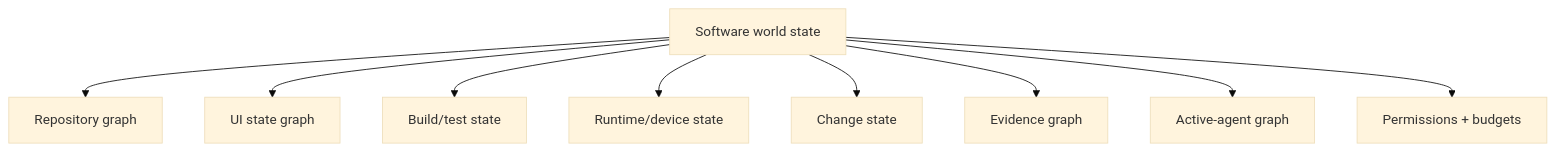
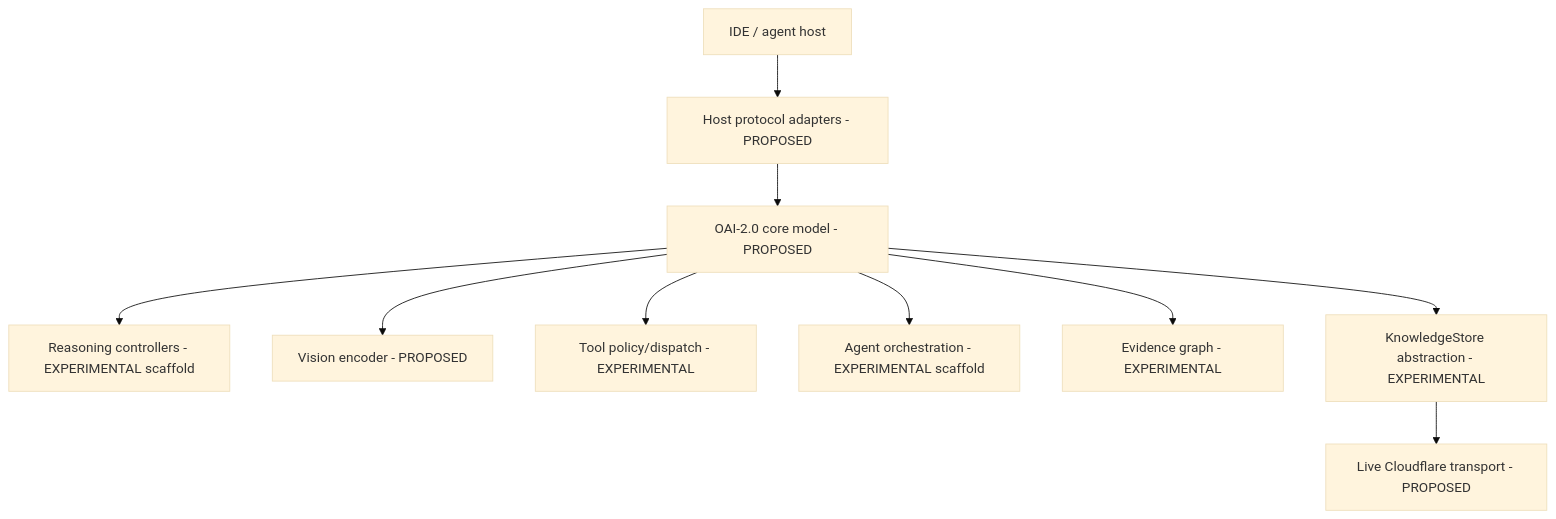
One commit to ORCHORDS-LCC/OAI-2.0 changed the diagram in docs/agent-architecture/SYSTEM_ARCHITECTURE.md. Above: the diagram before and after it, drawn with Mermaid (base theme). The commit also changed other lines of this file and 23 other files, not shown here.

````diff
--- a/docs/agent-architecture/SYSTEM_ARCHITECTURE.md
+++ b/docs/agent-architecture/SYSTEM_ARCHITECTURE.md
@@ -68,11 +11,12 @@
 ```mermaid
-flowchart TD
-    W[Software world state] --> R[Repository graph]
-    W --> U[UI state graph]
-    W --> B[Build/test state]
-    W --> D[Runtime/device state]
-    W --> G[Change state]
-    W --> E[Evidence graph]
-    W --> A[Active-agent graph]
-    W --> P[Permissions + budgets]
+flowchart TB
+    H[IDE / agent host] --> P[Host protocol adapters - PROPOSED]
+    P --> C[OAI-2.0 core model - PROPOSED]
+    C --> R[Reasoning controllers - EXPERIMENTAL scaffold]
+    C --> V[Vision encoder - PROPOSED]
+    C --> T[Tool policy/dispatch - EXPERIMENTAL]
+    C --> A[Agent orchestration - EXPERIMENTAL scaffold]
+    C --> E[Evidence graph - EXPERIMENTAL]
+    C --> K[KnowledgeStore abstraction - EXPERIMENTAL]
+    K --> CF[Live Cloudflare transport - PROPOSED]
 ```
````
